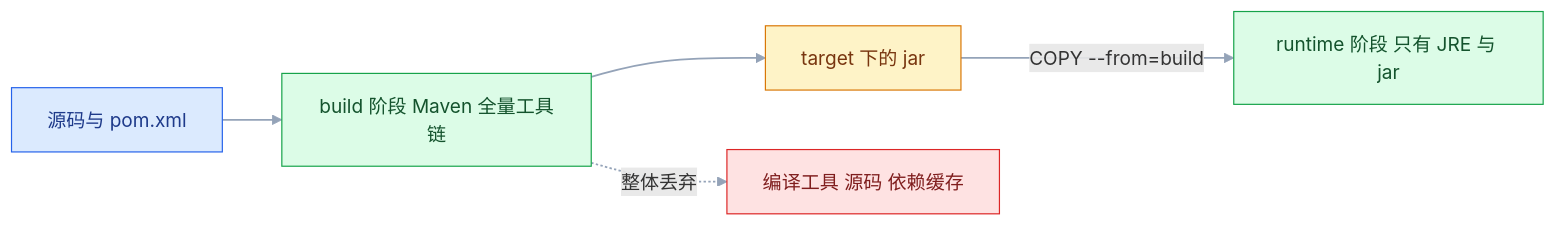
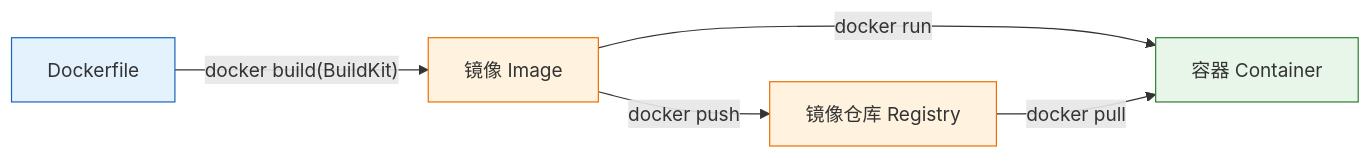
One commit to jimbosuper/studynotes changed the fifth of 6 diagrams in blog/src/notes/07-运维/03-容器与编排/02-Docker容器引擎.md. Above: the diagram before and after it, drawn with Mermaid. The commit also changed other lines of this file and 367 other files, not shown here.

````diff
--- a/blog/src/notes/07-运维/03-容器与编排/02-Docker容器引擎.md
+++ b/blog/src/notes/07-运维/03-容器与编排/02-Docker容器引擎.md
@@ -585,13 +432,13 @@
 ```mermaid
 flowchart LR
-    classDef client fill:#DBEAFE,stroke:#2563EB,color:#1E3A8A
-    classDef service fill:#DCFCE7,stroke:#16A34A,color:#14532D
-    classDef data fill:#FEF3C7,stroke:#D97706,color:#78350F
-    classDef bad fill:#FEE2E2,stroke:#DC2626,color:#7F1D1D
-
-    SRC["源码与 pom.xml"]:::client --> B["build 阶段 Maven 全量工具链"]:::service
-    B --> J["target 下的 jar"]:::data
-    J -->|"COPY --from=build"| R["runtime 阶段 只有 JRE 与 jar"]:::service
-    B -.->|"整体丢弃"| X["编译工具 源码 依赖缓存"]:::bad
-    linkStyle default stroke:#94A3B8,stroke-width:1.5px
+    A["Dockerfile"] -->|"docker build(BuildKit)"| B["镜像 Image"]
+    B -->|"docker run"| C["容器 Container"]
+    B -->|"docker push"| D["镜像仓库 Registry"]
+    D -->|"docker pull"| C
+    classDef client fill:#e3f2fd,stroke:#1565c0;
+    classDef image fill:#fff3e0,stroke:#ef6c00;
+    classDef engine fill:#e8f5e9,stroke:#2e7d32;
+    class A client
+    class B,D image
+    class C engine
 ```
````
